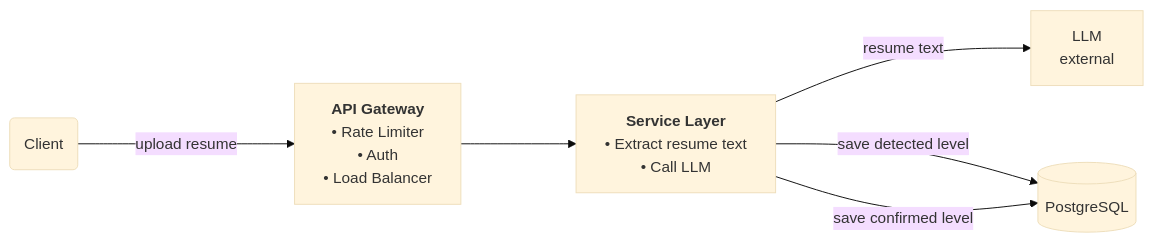
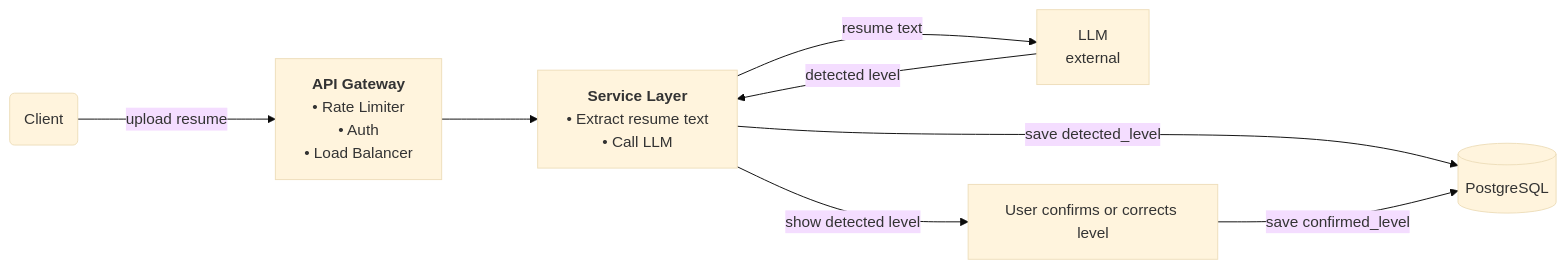
Before and after one commit to shivam-tamboli/GrillMyProject: the second of 4 diagrams in SYSTEM_DESIGN.md, drawn with Mermaid (base theme).

Commit message:
fix diagram 2 — add confirmation step and clean spacing

````diff
--- a/SYSTEM_DESIGN.md
+++ b/SYSTEM_DESIGN.md
@@ -340,15 +340,18 @@
 ```mermaid
-%%{init: {'flowchart': {'nodeSpacing': 80, 'rankSpacing': 120}}}%%
+%%{init: {'flowchart': {'nodeSpacing': 60, 'rankSpacing': 100}}}%%
 flowchart LR
     Client(Client)
     GW["<b>API Gateway</b><br/>• Rate Limiter<br/>• Auth<br/>• Load Balancer"]
     SVC["<b>Service Layer</b><br/>• Extract resume text<br/>• Call LLM"]
     LLM["LLM<br/>external"]
+    CONF["User confirms or corrects level"]
     PG[(PostgreSQL)]
 
     Client -->|upload resume| GW
     GW --> SVC
     SVC -->|resume text| LLM
-    SVC -->|save detected level| PG
-    SVC -->|save confirmed level| PG
+    LLM -->|detected level| SVC
+    SVC -->|save detected_level| PG
+    SVC -->|show detected level| CONF
+    CONF -->|save confirmed_level| PG
 ```
````
